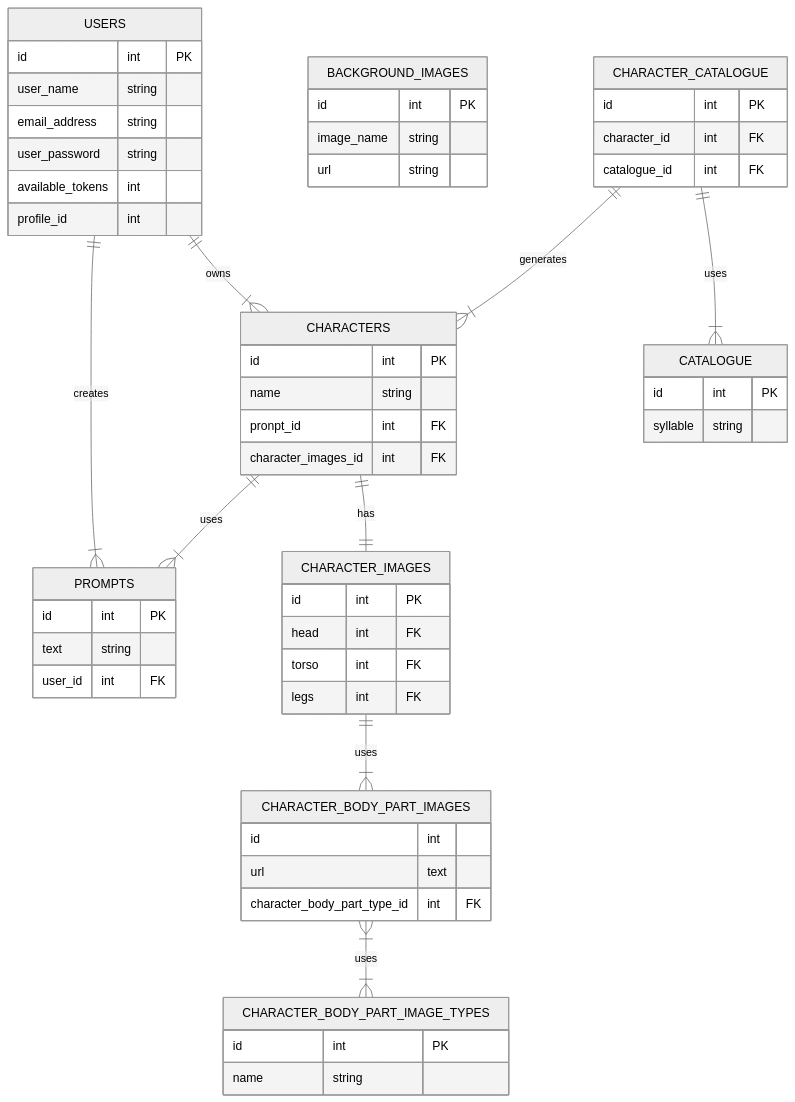
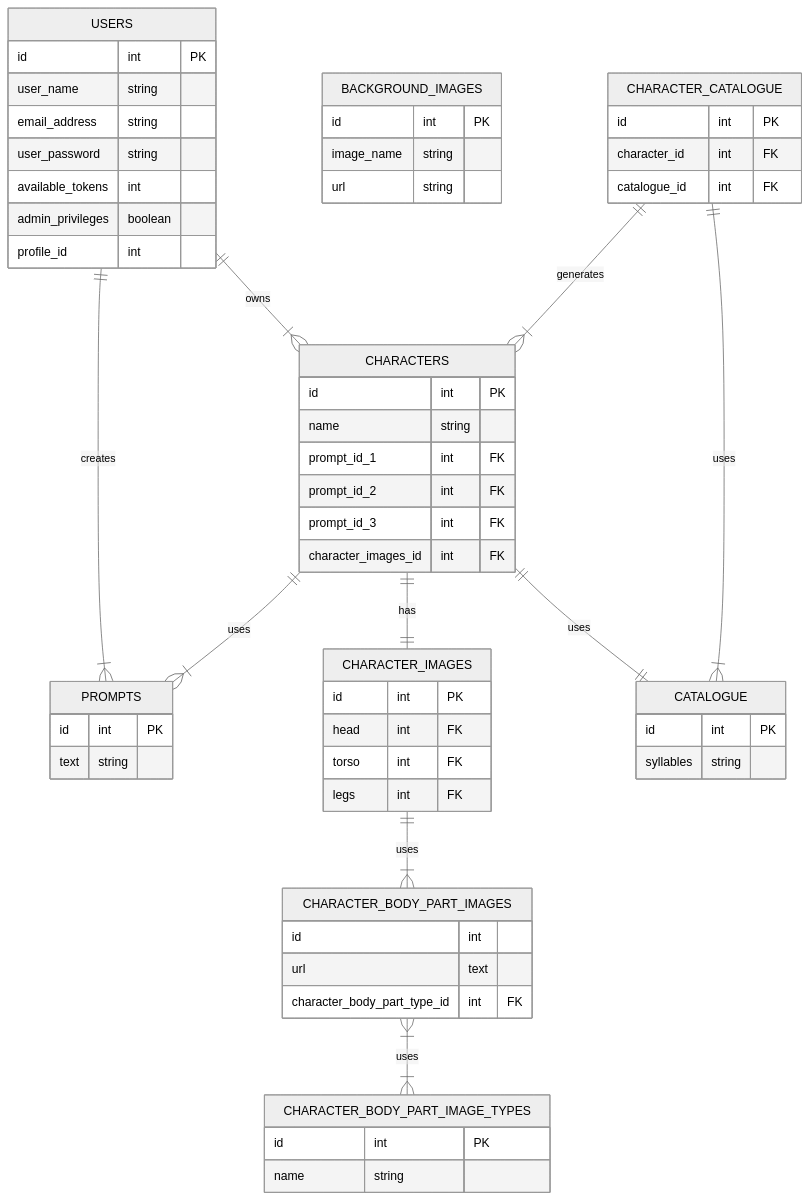
The second of 2 diagrams in README.md (Wren00/create-an-orc), drawn with Mermaid (neutral theme) before and after one commit. The commit also changed other lines of this file, not shown here.

````diff
--- a/README.md
+++ b/README.md
@@ -69,61 +68,64 @@
 ```mermaid
 erDiagram
 direction TB
 USERS {
 	id int PK
 	user_name string
 	email_address string
 	user_password string
 	available_tokens int
+	admin_privileges boolean 
 	profile_id int
 }
 PROMPTS {
  	id int PK
 	text string
-	user_id int FK
 }
 CHARACTERS {
  	id int PK
 	name string
-	pronpt_id int FK
+	prompt_id_1 int FK
+	prompt_id_2 int FK
+	prompt_id_3 int FK
 	character_images_id int FK
 }
 CHARACTER_IMAGES {
 	id int PK
 	head int FK
 	torso int FK
 	legs int FK
 }
 CHARACTER_BODY_PART_IMAGES {
 	id int
 	url text 
 	character_body_part_type_id int FK
 }
 CHARACTER_BODY_PART_IMAGE_TYPES {
 	id int PK
 	name string
 }
 BACKGROUND_IMAGES {
  	id int PK
 	image_name string
 	url string
 }
 CHARACTER_CATALOGUE {
 	id int PK
 	character_id int FK
 	catalogue_id int FK
 }
 CATALOGUE {
     id int PK
-    syllable string
+    syllables string
 }
 	USERS ||--|{ PROMPTS : creates
 	USERS ||--|{ CHARACTERS : owns
 	CHARACTERS ||--|{ PROMPTS : uses
 	CHARACTERS ||--|| CHARACTER_IMAGES : has
+	CHARACTERS ||--|| CATALOGUE : uses
 	CHARACTER_IMAGES ||--|{ CHARACTER_BODY_PART_IMAGES : uses
 	CHARACTER_BODY_PART_IMAGES }|--|{ CHARACTER_BODY_PART_IMAGE_TYPES : uses
 	CHARACTER_CATALOGUE ||--|{ CHARACTERS : generates
 	CHARACTER_CATALOGUE ||--|{ CATALOGUE : uses
 	
 ```
````
